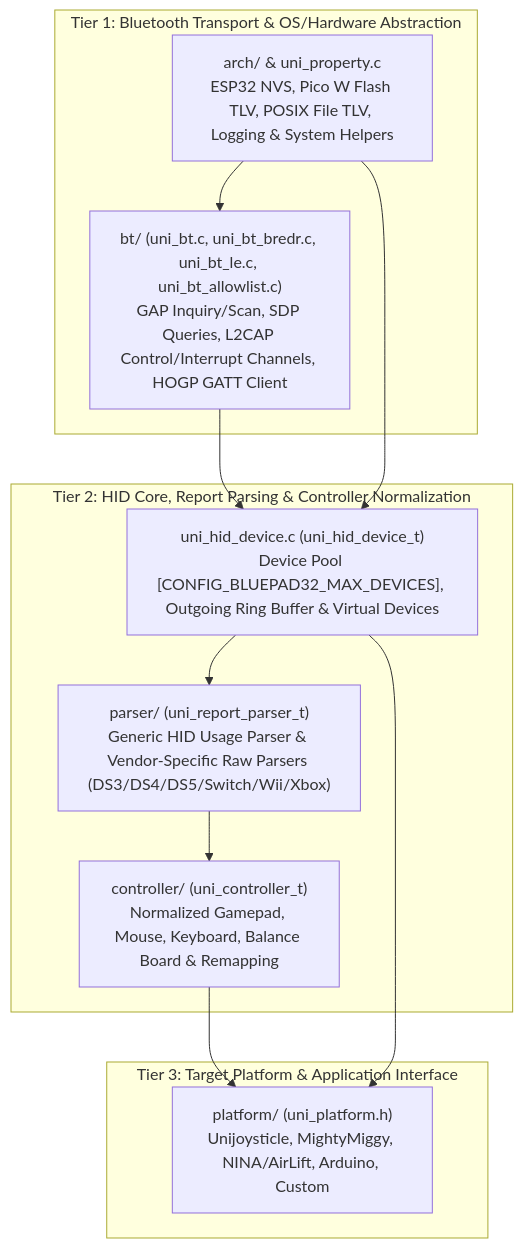
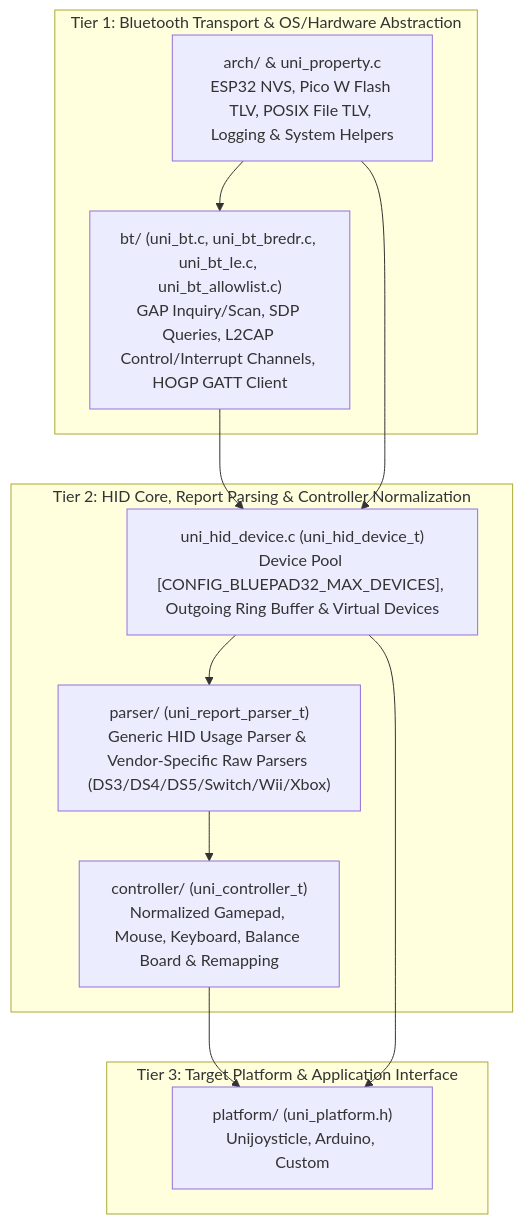
Before and after one commit to ricardoquesada/bluepad32: the first of 3 diagrams in docs/architecture.md, drawn with Mermaid. The commit also changed other lines of this file and 47 other files, not shown here.

Commit message:
remove NINA, AirLift and MightyMiggy platforms

````diff
--- a/docs/architecture.md
+++ b/docs/architecture.md
@@ -61,25 +61,25 @@
 ```mermaid
 flowchart TB
     subgraph Tier3["Tier 3: Target Platform & Application Interface"]
-        PLAT["platform/ (uni_platform.h)<br/>Unijoysticle, MightyMiggy, NINA/AirLift, Arduino, Custom"]
+        PLAT["platform/ (uni_platform.h)<br/>Unijoysticle, Arduino, Custom"]
     end
 
     subgraph Tier2["Tier 2: HID Core, Report Parsing & Controller Normalization"]
         CTL["controller/ (uni_controller_t)<br/>Normalized Gamepad, Mouse, Keyboard, Balance Board & Remapping"]
         PAR["parser/ (uni_report_parser_t)<br/>Generic HID Usage Parser & Vendor-Specific Raw Parsers (DS3/DS4/DS5/Switch/Wii/Xbox)"]
         DEV["uni_hid_device.c (uni_hid_device_t)<br/>Device Pool [CONFIG_BLUEPAD32_MAX_DEVICES], Outgoing Ring Buffer & Virtual Devices"]
     end
 
     subgraph Tier1["Tier 1: Bluetooth Transport & OS/Hardware Abstraction"]
         BT["bt/ (uni_bt.c, uni_bt_bredr.c, uni_bt_le.c, uni_bt_allowlist.c)<br/>GAP Inquiry/Scan, SDP Queries, L2CAP Control/Interrupt Channels, HOGP GATT Client"]
         ARCH["arch/ & uni_property.c<br/>ESP32 NVS, Pico W Flash TLV, POSIX File TLV, Logging & System Helpers"]
     end
 
     BT --> DEV
     ARCH --> BT
     ARCH --> DEV
     DEV --> PAR
     PAR --> CTL
     CTL --> PLAT
     DEV --> PLAT
 ```
````
